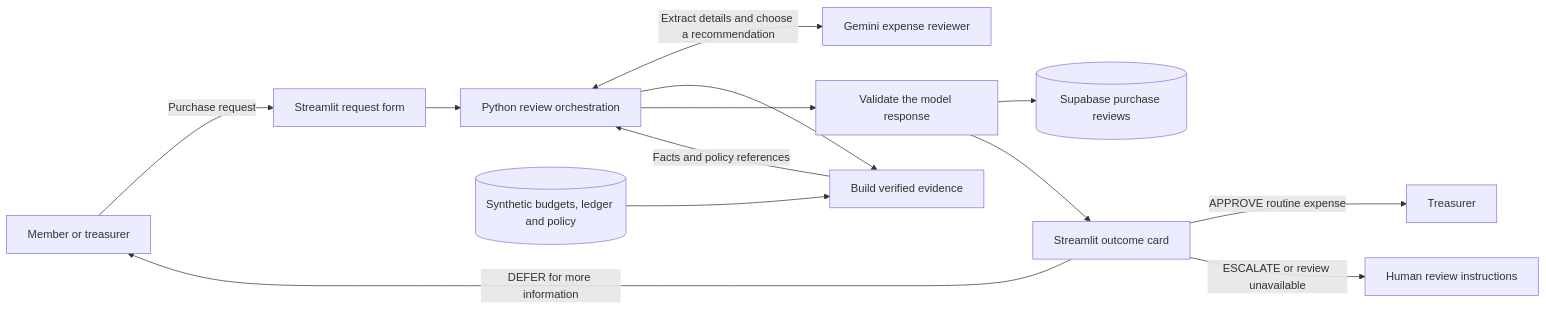
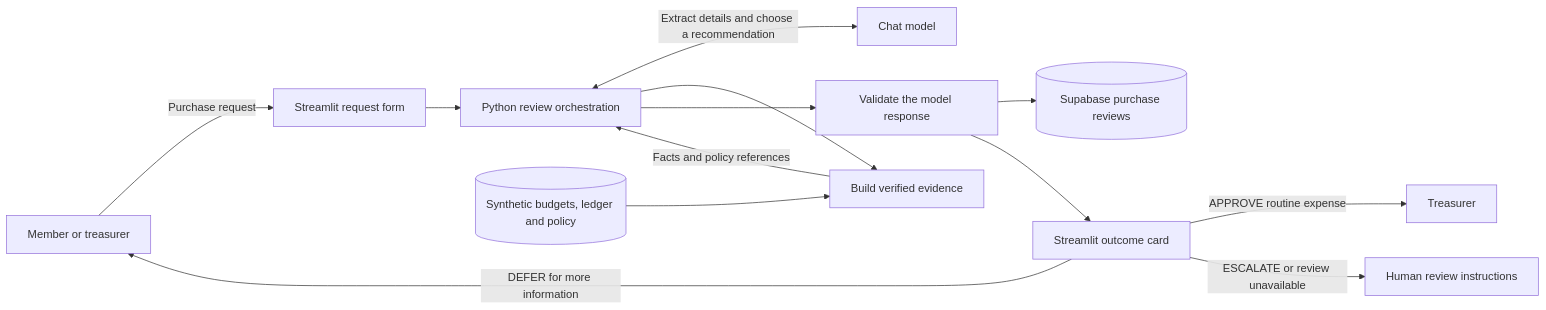
The second of 4 diagrams in README.md (tom4247/Campus-spending-review-agent), drawn with Mermaid before and after one commit. The commit also changed other lines of this file and 10 other files, not shown here.

````diff
--- a/README.md
+++ b/README.md
@@ -51,15 +51,15 @@
 ```mermaid
 flowchart LR
     member["Member or treasurer"] -->|"Purchase request"| form["Streamlit request form"]
     form --> host["Python review orchestration"]
-    host <-->|"Extract details and choose a recommendation"| model["Gemini expense reviewer"]
+    host <-->|"Extract details and choose a recommendation"| model["Chat model"]
     host --> evidence["Build verified evidence"]
     records[("Synthetic budgets, ledger and policy")] --> evidence
     evidence -->|"Facts and policy references"| host
     host --> check["Validate the model response"]
     check --> reviewLog[("Supabase purchase reviews")]
     check --> card["Streamlit outcome card"]
     card -->|"APPROVE routine expense"| treasurer["Treasurer"]
     card -->|"DEFER for more information"| member
     card -->|"ESCALATE or review unavailable"| handoff["Human review instructions"]
 ```
````
